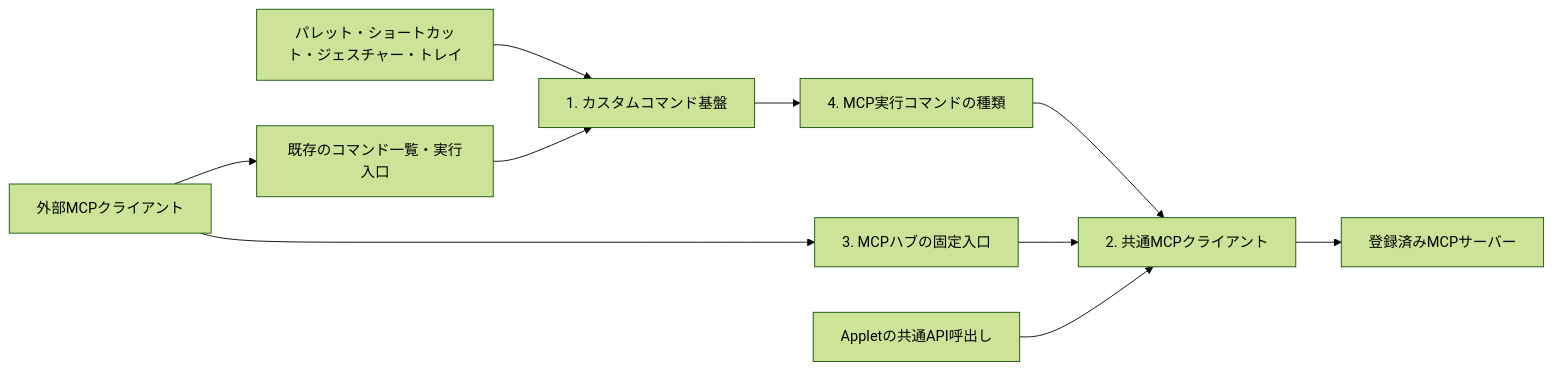
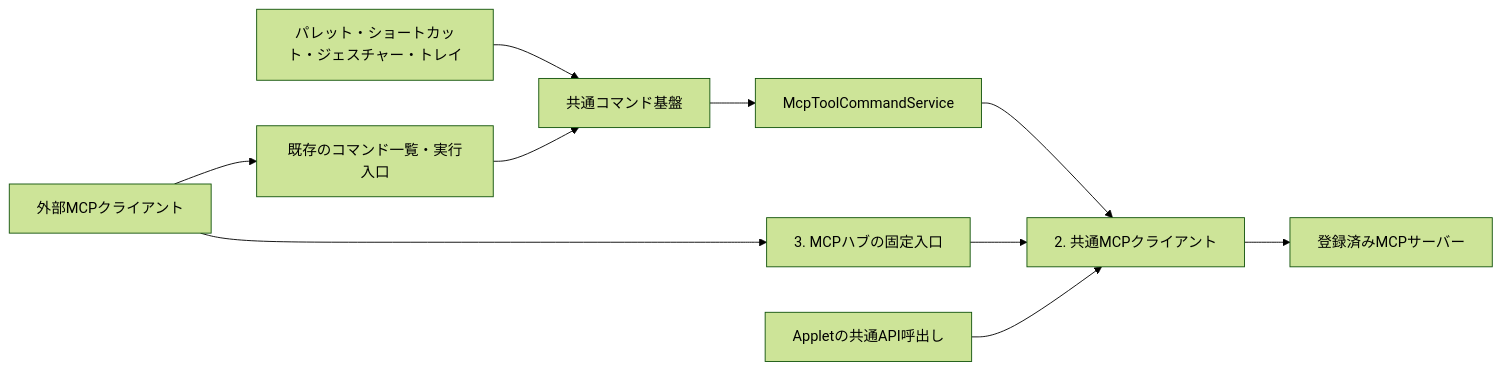
Before and after one commit to yukichi-7sai/AppDock.at365: the diagram in docs/mcp-hub-design.md, drawn with Mermaid (forest theme). The commit also changed other lines of this file and 66 other files, not shown here.

Commit message:
feat: store MCP connections and tool commands per device

````diff
--- a/docs/mcp-hub-design.md
+++ b/docs/mcp-hub-design.md
@@ -18,12 +17,12 @@
 ```mermaid
 flowchart LR
   AI[外部MCPクライアント] --> HUB[3. MCPハブの固定入口]
   AI --> API[既存のコマンド一覧・実行入口]
-  UI[パレット・ショートカット・ジェスチャー・トレイ] --> CMD[1. カスタムコマンド基盤]
+  UI[パレット・ショートカット・ジェスチャー・トレイ] --> CMD[共通コマンド基盤]
   API --> CMD
-  CMD --> KIND[4. MCP実行コマンドの種類]
+  CMD --> KIND[McpToolCommandService]
   KIND --> CLIENT[2. 共通MCPクライアント]
   HUB --> CLIENT
   APP[Appletの共通API呼出し] --> CLIENT
   CLIENT --> CHILD[登録済みMCPサーバー]
 ```
````
